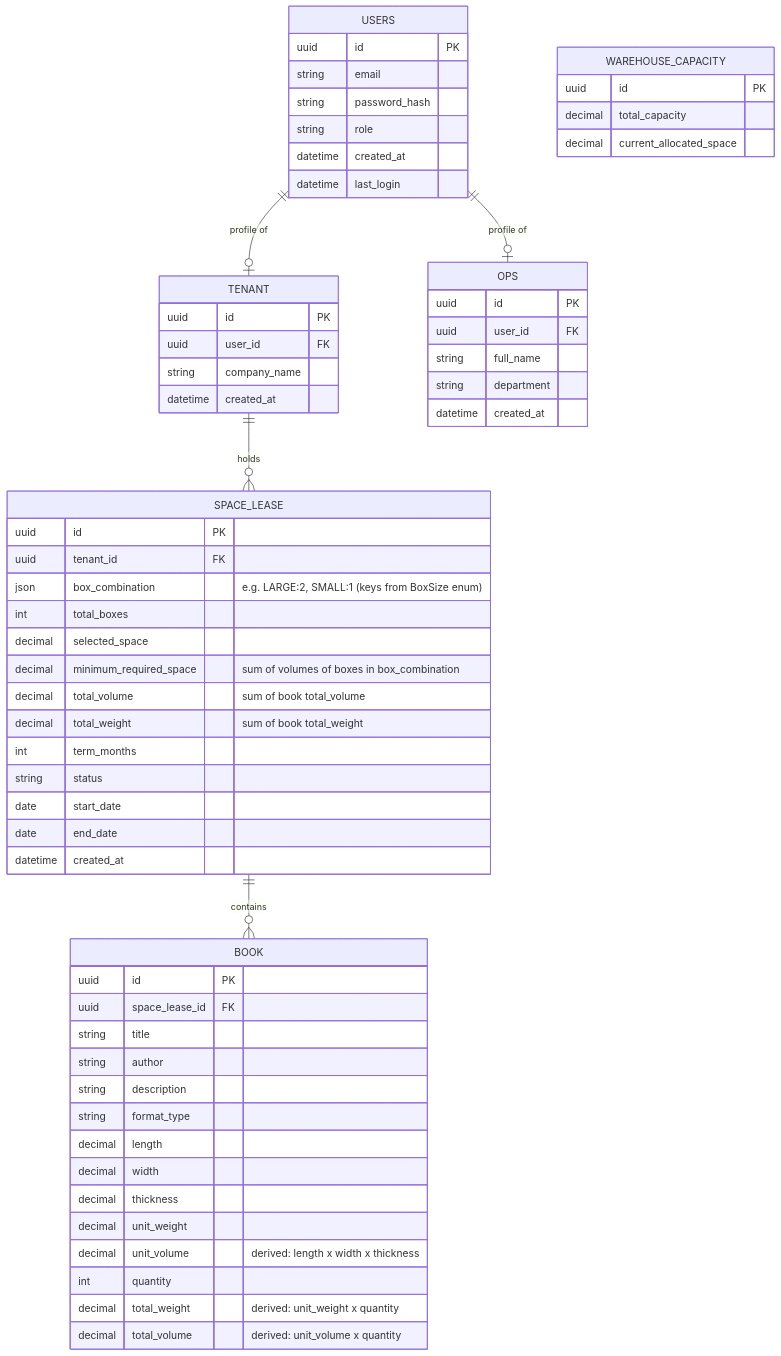
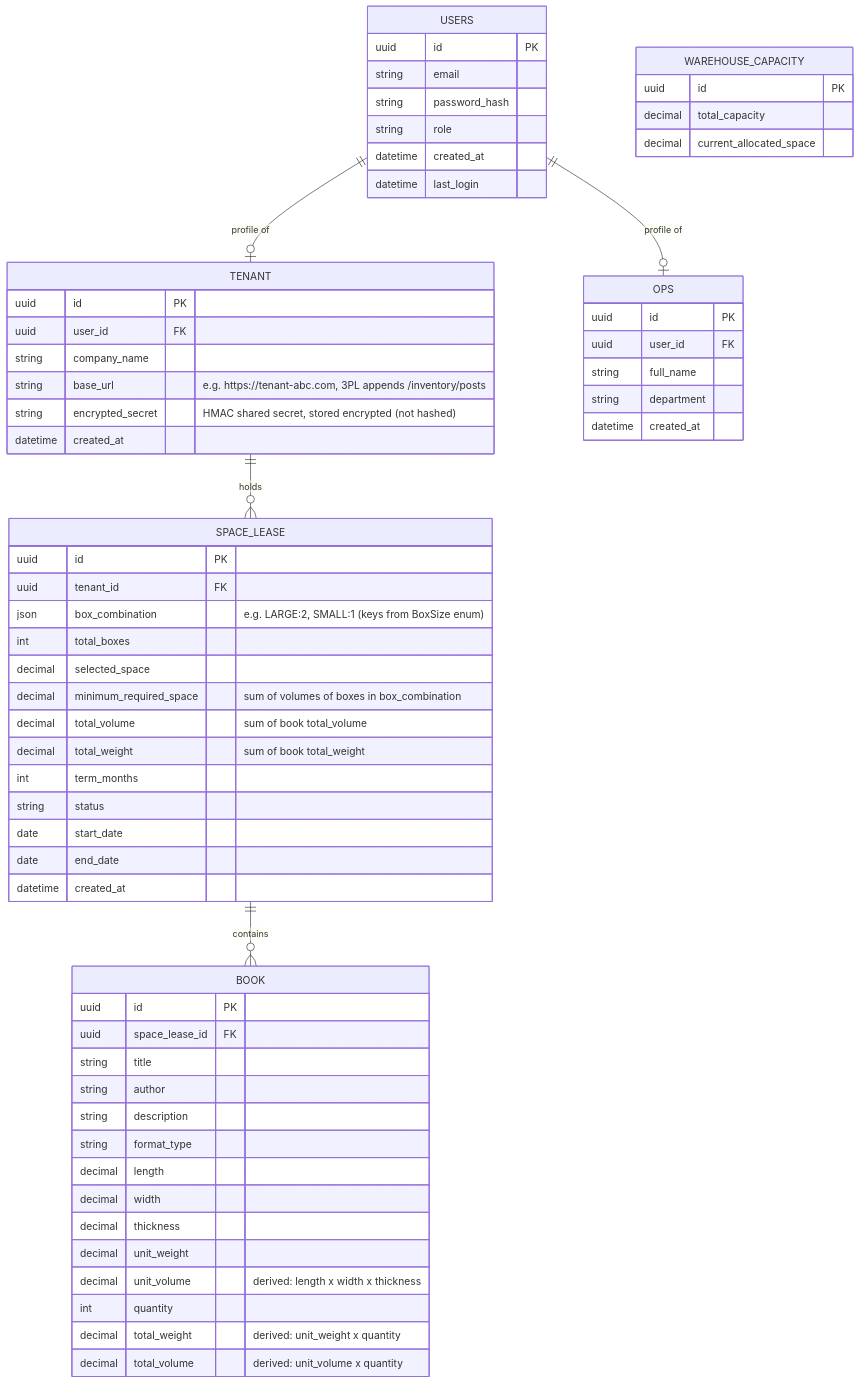
Before and after one commit to KAIZER445/warehouse: the diagram in core_3pl/docs/er.md, drawn with Mermaid. The commit also changed 4 other files, not shown here.

Commit message:
feature: update model to store secret and base url

````diff
--- a/core_3pl/docs/er.md
+++ b/core_3pl/docs/er.md
@@ -3,70 +3,72 @@
 ```mermaid
 erDiagram
     USERS ||--o| TENANT : "profile of"
     USERS ||--o| OPS : "profile of"
     TENANT ||--o{ SPACE_LEASE : holds
     SPACE_LEASE ||--o{ BOOK : contains
 
     USERS {
         uuid id PK
         string email
         string password_hash
         string role
         datetime created_at
         datetime last_login
     }
 
     TENANT {
         uuid id PK
         uuid user_id FK
         string company_name
+        string base_url "e.g. https://tenant-abc.com, 3PL appends /inventory/posts"
+        string encrypted_secret "HMAC shared secret, stored encrypted (not hashed)"
         datetime created_at
     }
 
     OPS {
         uuid id PK
         uuid user_id FK
         string full_name
         string department
         datetime created_at
     }
 
     BOOK {
         uuid id PK
         uuid space_lease_id FK
         string title
         string author
         string description
         string format_type
         decimal length
         decimal width
         decimal thickness
         decimal unit_weight
         decimal unit_volume "derived: length x width x thickness"
         int quantity
         decimal total_weight "derived: unit_weight x quantity"
         decimal total_volume "derived: unit_volume x quantity"
     }
 
     SPACE_LEASE {
         uuid id PK
         uuid tenant_id FK
         json box_combination "e.g. LARGE:2, SMALL:1 (keys from BoxSize enum)"
         int total_boxes
         decimal selected_space
         decimal minimum_required_space "sum of volumes of boxes in box_combination"
         decimal total_volume "sum of book total_volume"
         decimal total_weight "sum of book total_weight"
         int term_months
         string status
         date start_date
         date end_date
         datetime created_at
     }
 
     WAREHOUSE_CAPACITY {
         uuid id PK
         decimal total_capacity
         decimal current_allocated_space
     }
 ```
````
